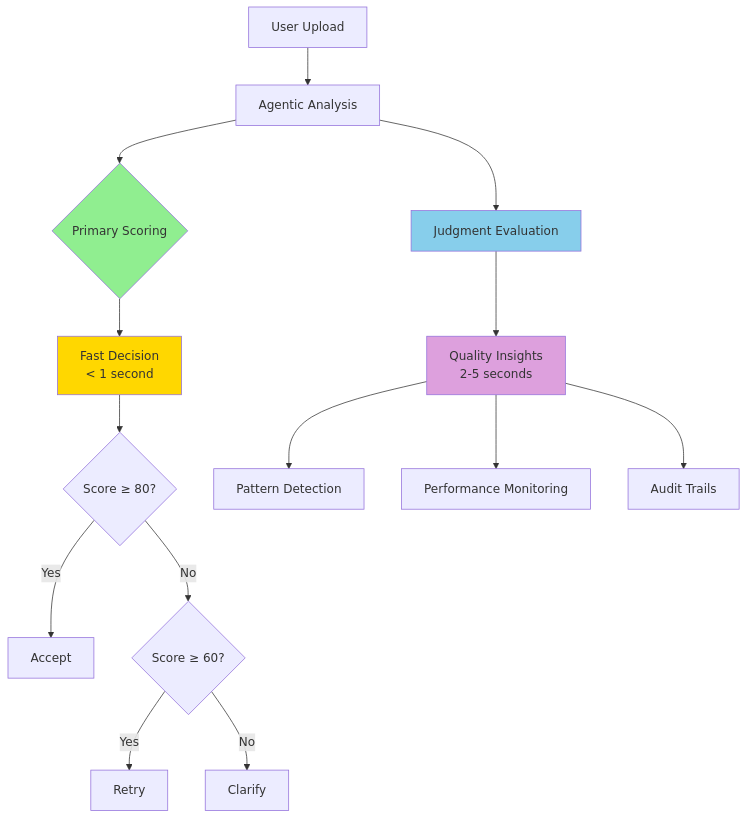
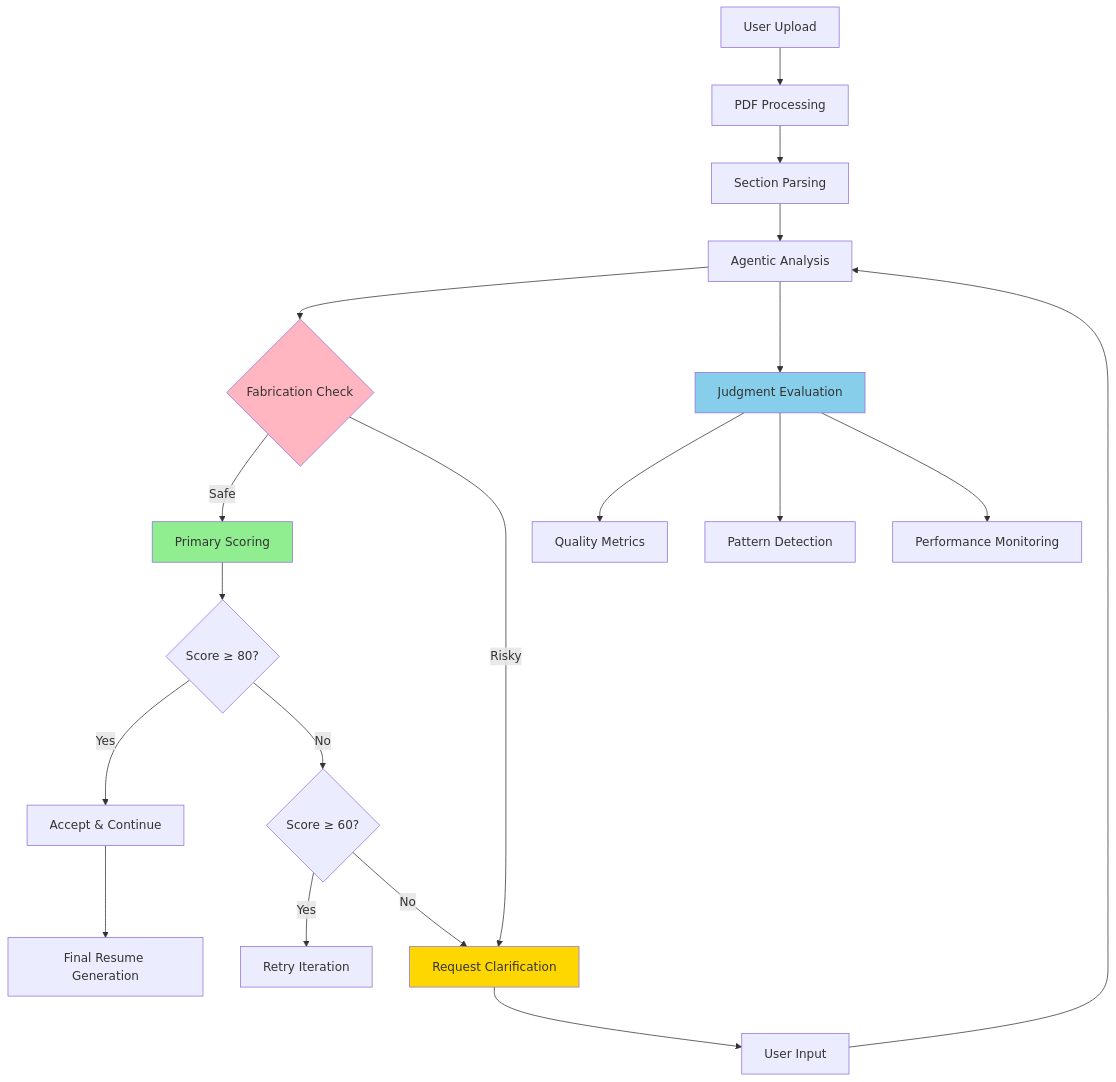
The diagram in README.md (prajwalun/resume-critic), drawn with Mermaid before and after one commit. The commit also changed other lines of this file and 1 other file, not shown here.

````diff
--- a/README.md
+++ b/README.md
@@ -38,23 +48,30 @@
 ```mermaid
 graph TD
-    A[User Upload] --> B[Agentic Analysis]
-    B --> C{Primary Scoring}
-    B --> D[Judgment Evaluation]
+    A[User Upload] --> B[PDF Processing]
+    B --> C[Section Parsing]
+    C --> D[Agentic Analysis]
     
-    C --> E[Fast Decision<br/>< 1 second]
-    E --> F{Score ≥ 80?}
-    F -->|Yes| G[Accept]
-    F -->|No| H{Score ≥ 60?}
-    H -->|Yes| I[Retry]
-    H -->|No| J[Clarify]
+    D --> E{Fabrication Check}
+    E -->|Safe| F[Primary Scoring]
+    E -->|Risky| G[Request Clarification]
     
-    D --> K[Quality Insights<br/>2-5 seconds]
-    K --> L[Pattern Detection]
-    K --> M[Performance Monitoring]
-    K --> N[Audit Trails]
+    F --> H{Score ≥ 80?}
+    H -->|Yes| I[Accept & Continue]
+    H -->|No| J{Score ≥ 60?}
+    J -->|Yes| K[Retry Iteration]
+    J -->|No| G
     
-    style C fill:#90EE90
-    style D fill:#87CEEB
-    style E fill:#FFD700
-    style K fill:#DDA0DD
+    D --> L[Judgment Evaluation]
+    L --> M[Quality Metrics]
+    L --> N[Pattern Detection]
+    L --> O[Performance Monitoring]
+    
+    I --> P[Final Resume Generation]
+    G --> Q[User Input] 
+    Q --> D
+    
+    style E fill:#FFB6C1
+    style F fill:#90EE90
+    style L fill:#87CEEB
+    style G fill:#FFD700
 ```
````
